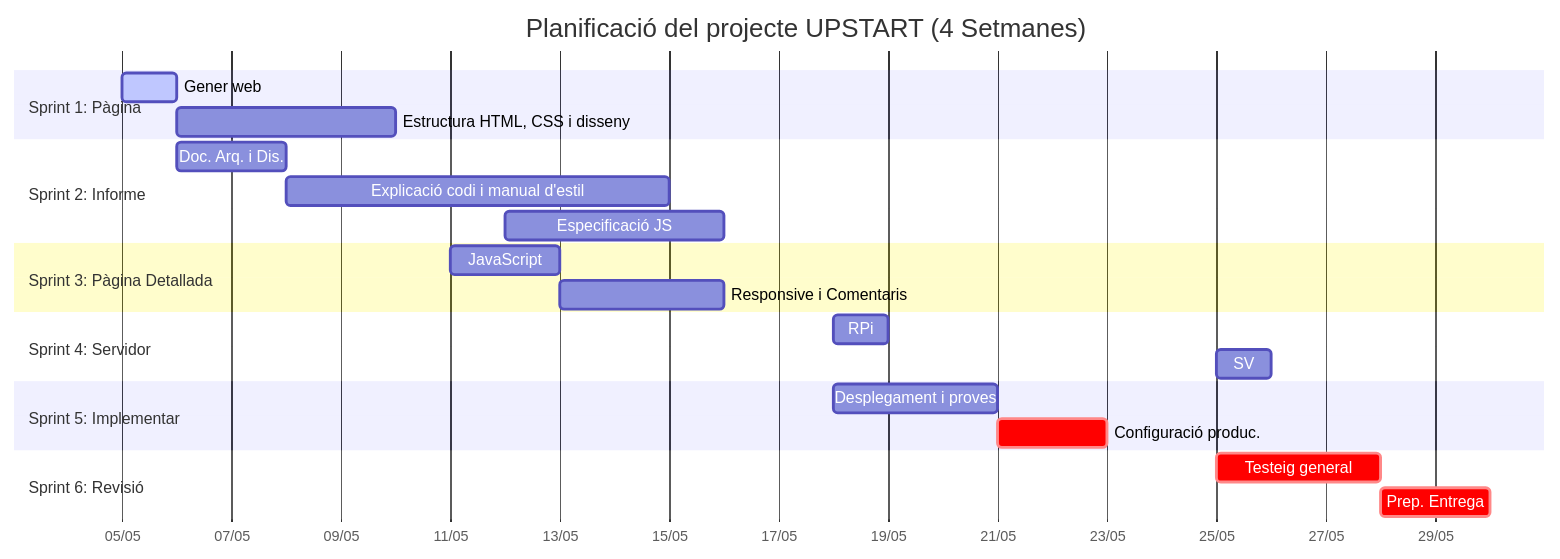
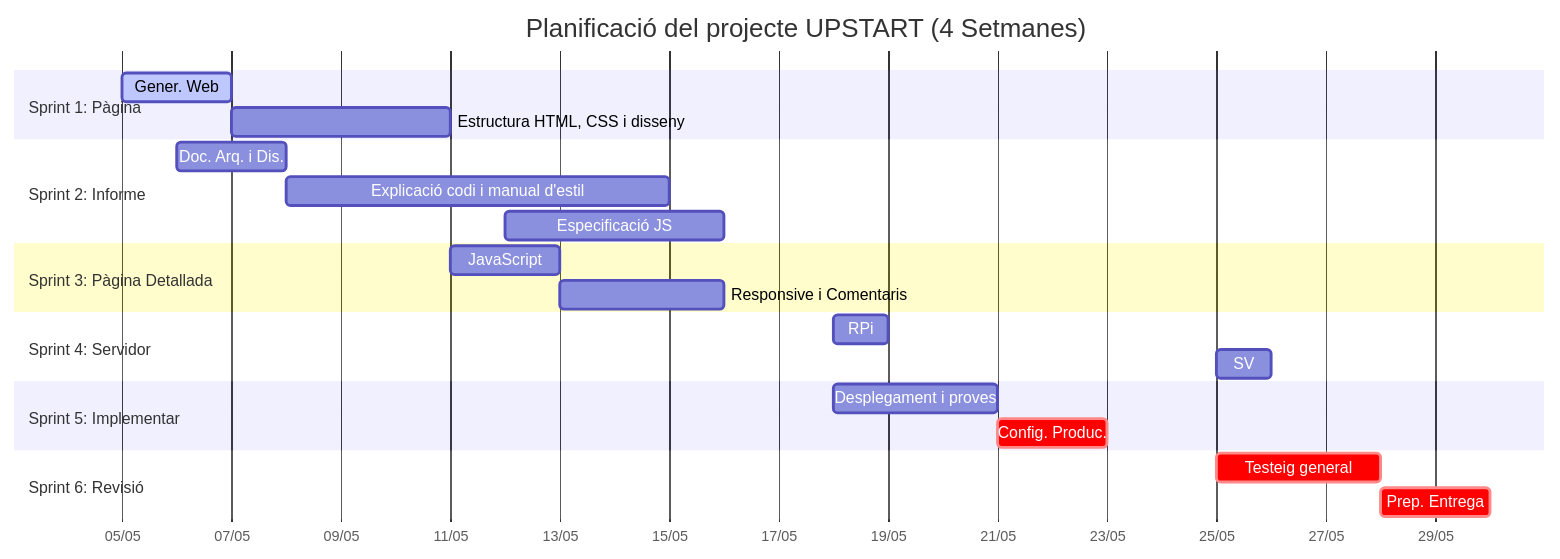
Before and after one commit to Sukhdeep777/upstart: the diagram in README.md, drawn with Mermaid.

Commit message:
asdasdasd

````diff
--- a/README.md
+++ b/README.md
@@ -2,31 +2,31 @@
 ```mermaid
 gantt
     title Planificació del projecte UPSTART (4 Setmanes)
     dateFormat  YYYY-MM-DD
     axisFormat  %d/%m
 
     section Sprint 1: Pàgina
-    Gener web :active, s1t1, 2026-05-05, 1d
+    Gener. Web :active, s1t1, 2026-05-05, 2d
     Estructura HTML, CSS i disseny     :s1t2, after s1t1, 4d
 
     section Sprint 2: Informe
     Doc. Arq. i Dis.  :s2t1, 2026-05-06, 2d
     Explicació codi i manual d'estil   :s2t2, 2026-05-08, 7d
     Especificació JS                   :s2t3, 2026-05-12, 4d
 
     section Sprint 3: Pàgina Detallada
     JavaScript      :s3t1, 2026-05-11, 2d
     Responsive i Comentaris            :s3t2, 2026-05-13, 3d
 
     section Sprint 4: Servidor
     RPi           :s4t1, 2026-05-18, 1d
     SV               :s4t2, 2026-05-25, 1d
 
     section Sprint 5: Implementar
     Desplegament i proves         :s5t1, 2026-05-18, 3d
-    Configuració produc.             :crit, s5t2, 2026-05-21, 2d
+    Config. Produc.             :crit, s5t2, 2026-05-21, 2d
 
     section Sprint 6: Revisió
     Testeig general             :crit, s6t1, 2026-05-25, 3d
     Prep. Entrega                 :crit, s6t2, 2026-05-28, 2d
 ```
````
